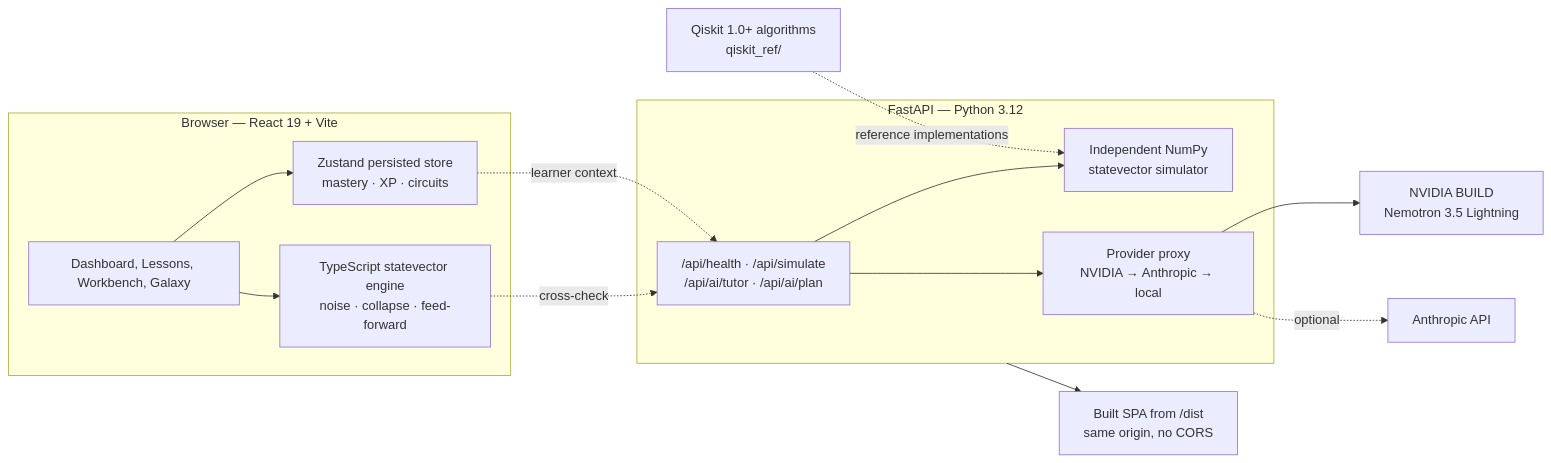
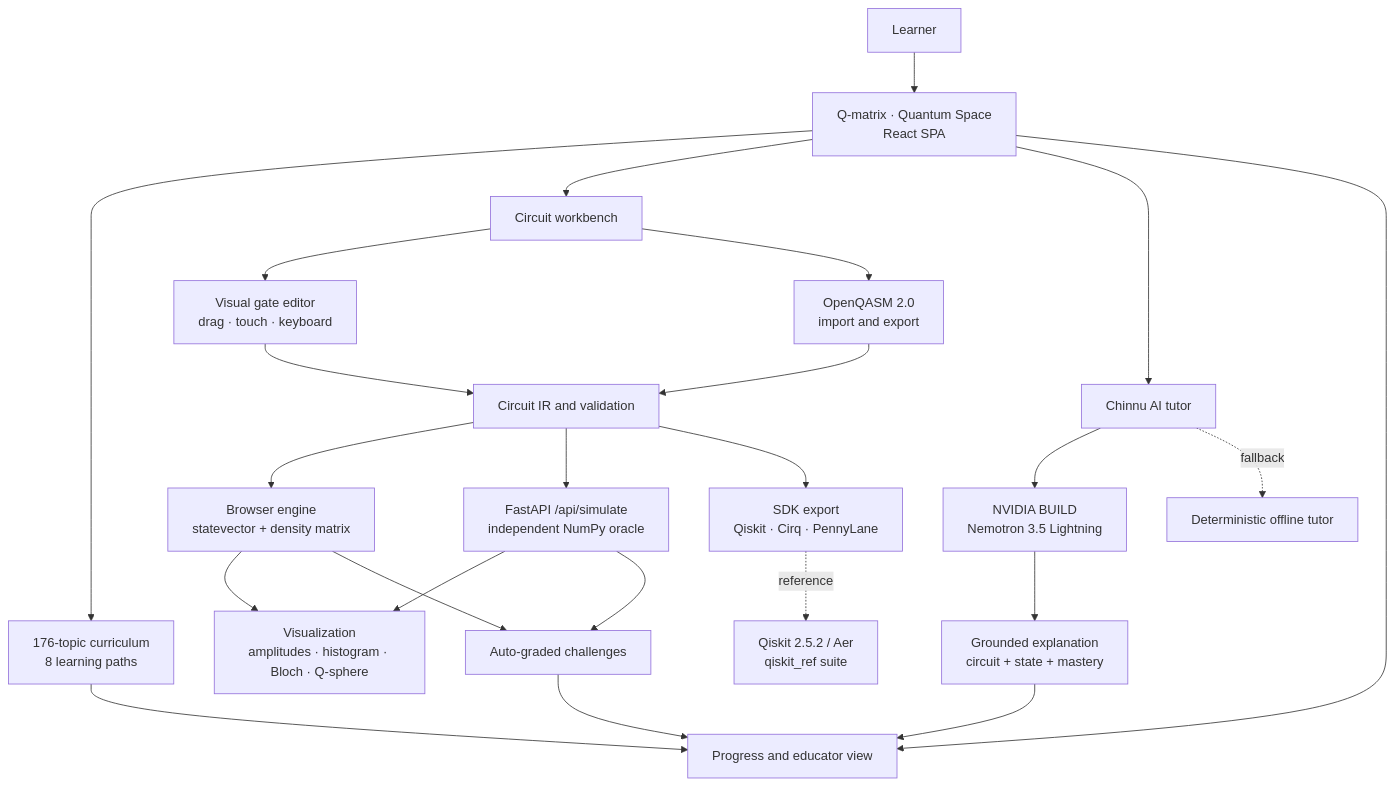
Before and after one commit to ChinmayRERC/q-matrix: the diagram in README.md, drawn with Mermaid. The commit also changed other lines of this file and 1 other file, not shown here.

````diff
--- a/README.md
+++ b/README.md
@@ -65,27 +129,32 @@
 ```mermaid
-flowchart LR
-  subgraph Browser["Browser — React 19 + Vite"]
-    UI["Dashboard, Lessons, Workbench, Galaxy"]
-    Engine["TypeScript statevector engine<br/>noise · collapse · feed-forward"]
-    Store["Zustand persisted store<br/>mastery · XP · circuits"]
-    UI --> Engine
-    UI --> Store
-  end
+flowchart TD
+    A[Learner] --> B[Q-matrix · Quantum Space<br/>React SPA]
 
-  subgraph Server["FastAPI — Python 3.12"]
-    API["/api/health · /api/simulate<br/>/api/ai/tutor · /api/ai/plan"]
-    Oracle["Independent NumPy<br/>statevector simulator"]
-    Proxy["Provider proxy<br/>NVIDIA → Anthropic → local"]
-    API --> Oracle
-    API --> Proxy
-  end
+    B --> C[176-topic curriculum<br/>8 learning paths]
+    B --> D[Circuit workbench]
+    B --> E[Chinnu AI tutor]
+    B --> F[Progress and educator view]
 
-  Engine -. "cross-check" .-> API
-  Store -. "learner context" .-> API
+    D --> G[Visual gate editor<br/>drag · touch · keyboard]
+    D --> H[OpenQASM 2.0<br/>import and export]
+    G --> I[Circuit IR and validation]
+    H --> I
 
-  Proxy --> NVIDIA["NVIDIA BUILD<br/>Nemotron 3.5 Lightning"]
-  Proxy -. optional .-> Claude["Anthropic API"]
-  Server --> Static["Built SPA from /dist<br/>same origin, no CORS"]
+    I --> J[Browser engine<br/>statevector + density matrix]
+    I --> K[FastAPI /api/simulate<br/>independent NumPy oracle]
+    J --> L[Visualization<br/>amplitudes · histogram · Bloch · Q-sphere]
+    K --> L
+    J --> M[Auto-graded challenges]
+    K --> M
 
-  Qiskit["Qiskit 1.0+ algorithms<br/>qiskit_ref/"] -. "reference implementations" .-> Oracle
+    E --> N[NVIDIA BUILD<br/>Nemotron 3.5 Lightning]
+    N --> O[Grounded explanation<br/>circuit + state + mastery]
+    E -. fallback .-> P[Deterministic offline tutor]
+
+    C --> F
+    M --> F
+    O --> F
+
+    I --> Q[SDK export<br/>Qiskit · Cirq · PennyLane]
+    Q -. reference .-> R[Qiskit 2.5.2 / Aer<br/>qiskit_ref suite]
 ```
````
